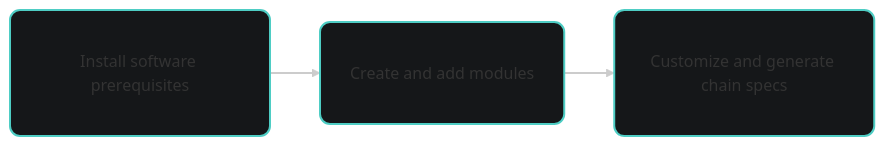
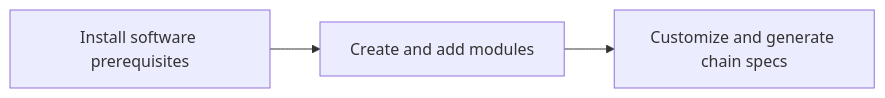
Before and after one commit to moondance-labs/tanssi-docs: the diagram in builders/build/customize/index.md, drawn with Mermaid. The commit also changed 2 other files, not shown here.

Commit message:
remove unnecessary styling

````diff
--- a/builders/build/customize/index.md
+++ b/builders/build/customize/index.md
@@ -16,16 +16,5 @@
 ```mermaid
 flowchart LR
     A[Install software prerequisites] --> B[Create and add modules]
     B --> C[Customize and generate chain specs]
-
-    style A fill:#151719,stroke:#4ecdc4,stroke-width:2px,rx:10px,ry:10px
-    style B fill:#151719,stroke:#4ecdc4,stroke-width:2px,rx:10px,ry:10px
-    style C fill:#151719,stroke:#4ecdc4,stroke-width:2px,rx:10px,ry:10px
-
-    %% arrow style
-    linkStyle default stroke-width:2px,stroke:#ccc
-
-    %% add padding
-    class A,B,C node-padding;
-    classDef node-padding padding:10px;
 ```
````
